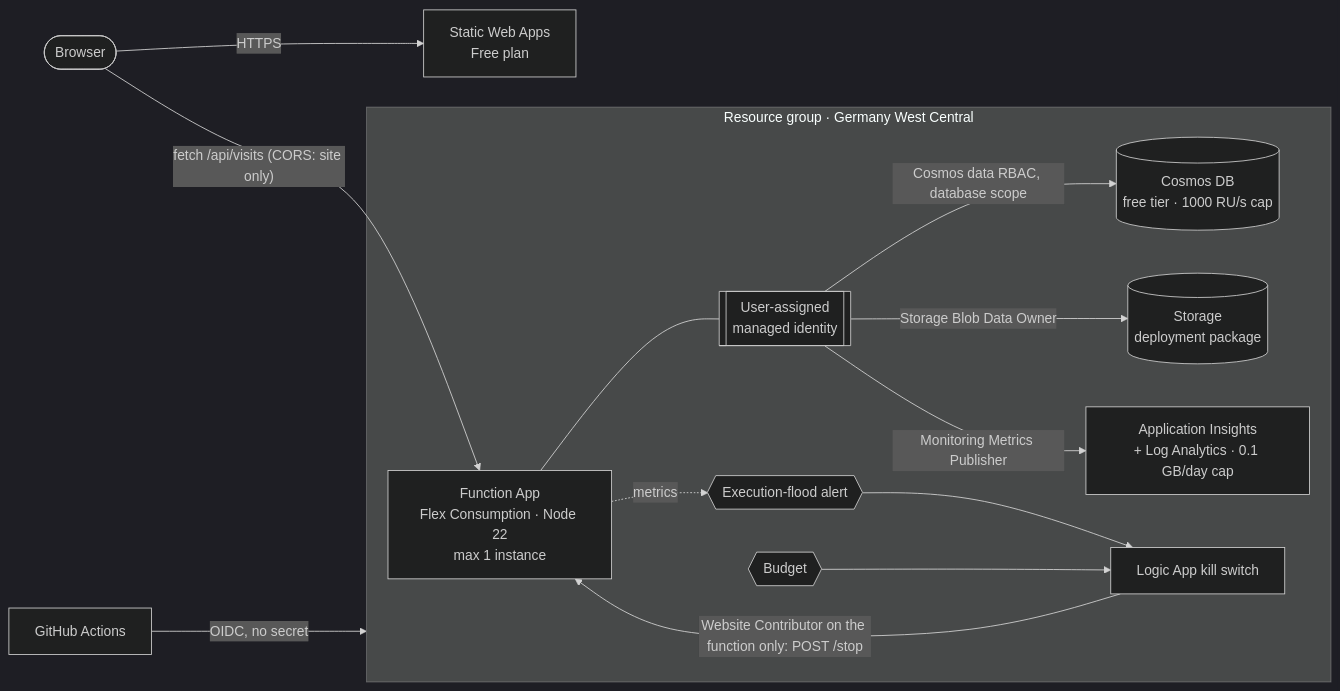
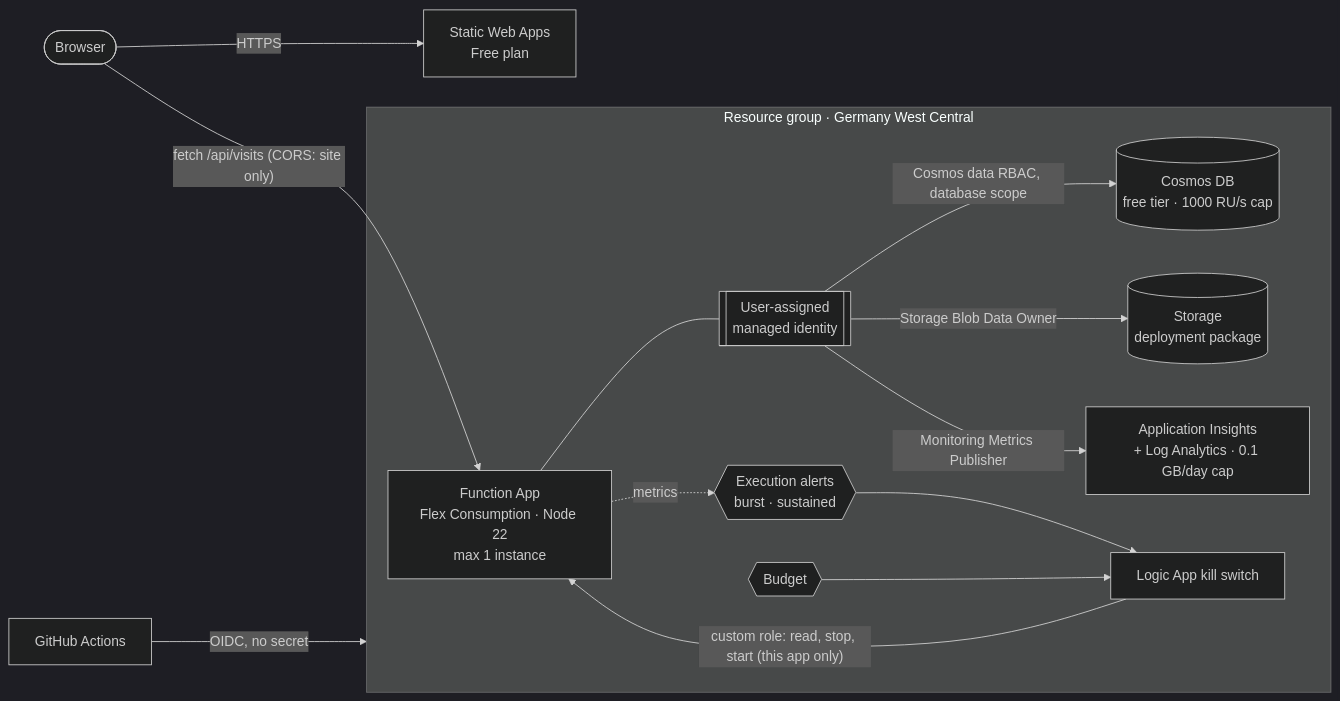
One commit to 314159DD/azure-cloud-resume changed the diagram in README.md. Above: the diagram before and after it, drawn with Mermaid (dark theme). The commit also changed other lines of this file and 3 other files, not shown here.

Commit message:
docs: verification log, custom kill-switch role, stated trade-offs

````diff
--- a/README.md
+++ b/README.md
@@ -15,27 +15,27 @@
 ```mermaid
 flowchart LR
     visitor([Browser]) -->|HTTPS| swa[Static Web Apps<br/>Free plan]
     visitor -->|"fetch /api/visits (CORS: site only)"| func
 
     subgraph rg[Resource group · Germany West Central]
         func[Function App<br/>Flex Consumption · Node 22<br/>max 1 instance]
         mi[[User-assigned<br/>managed identity]]
         cosmos[(Cosmos DB<br/>free tier · 1000 RU/s cap)]
         st[(Storage<br/>deployment package)]
         appi[Application Insights<br/>+ Log Analytics · 0.1 GB/day cap]
-        alert{{Execution-flood alert}}
+        alert{{Execution alerts<br/>burst · sustained}}
         budget{{Budget}}
         ks[Logic App kill switch]
     end
 
     func --- mi
     mi -->|Cosmos data RBAC, database scope| cosmos
     mi -->|Storage Blob Data Owner| st
     mi -->|Monitoring Metrics Publisher| appi
     func -. metrics .-> alert
     alert --> ks
     budget --> ks
-    ks -->|"Website Contributor on the function only: POST /stop"| func
+    ks -->|"custom role: read, stop, start (this app only)"| func
 
     gh[GitHub Actions] -->|OIDC, no secret| rg
 ```
````
